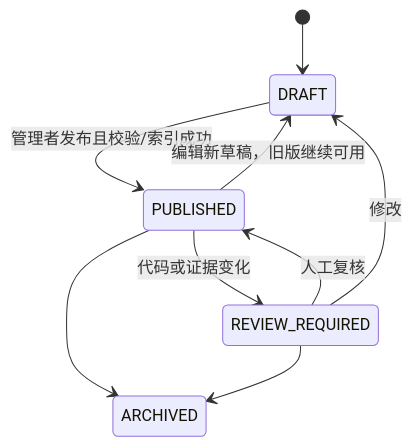
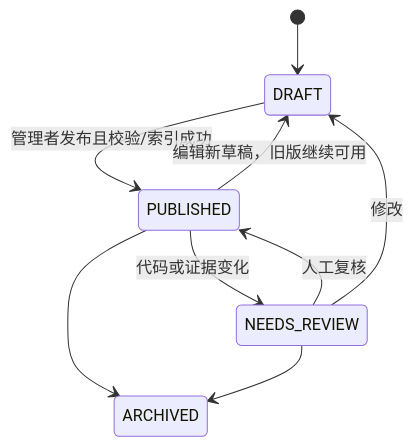
One commit to sunxiaozhi/analyzer-coder changed the tenth of 10 diagrams in docs/03-design.md. Above: the diagram before and after it, drawn with Mermaid. The commit also changed other lines of this file and 90 other files, not shown here.

````diff
--- a/docs/03-design.md
+++ b/docs/03-design.md
@@ -497,11 +538,11 @@
 ```mermaid
 stateDiagram-v2
     [*] --> DRAFT
     DRAFT --> PUBLISHED: 管理者发布且校验/索引成功
     PUBLISHED --> DRAFT: 编辑新草稿，旧版继续可用
-    PUBLISHED --> REVIEW_REQUIRED: 代码或证据变化
-    REVIEW_REQUIRED --> PUBLISHED: 人工复核
-    REVIEW_REQUIRED --> DRAFT: 修改
+    PUBLISHED --> NEEDS_REVIEW: 代码或证据变化
+    NEEDS_REVIEW --> PUBLISHED: 人工复核
+    NEEDS_REVIEW --> DRAFT: 修改
     PUBLISHED --> ARCHIVED
-    REVIEW_REQUIRED --> ARCHIVED
+    NEEDS_REVIEW --> ARCHIVED
 ```
````
